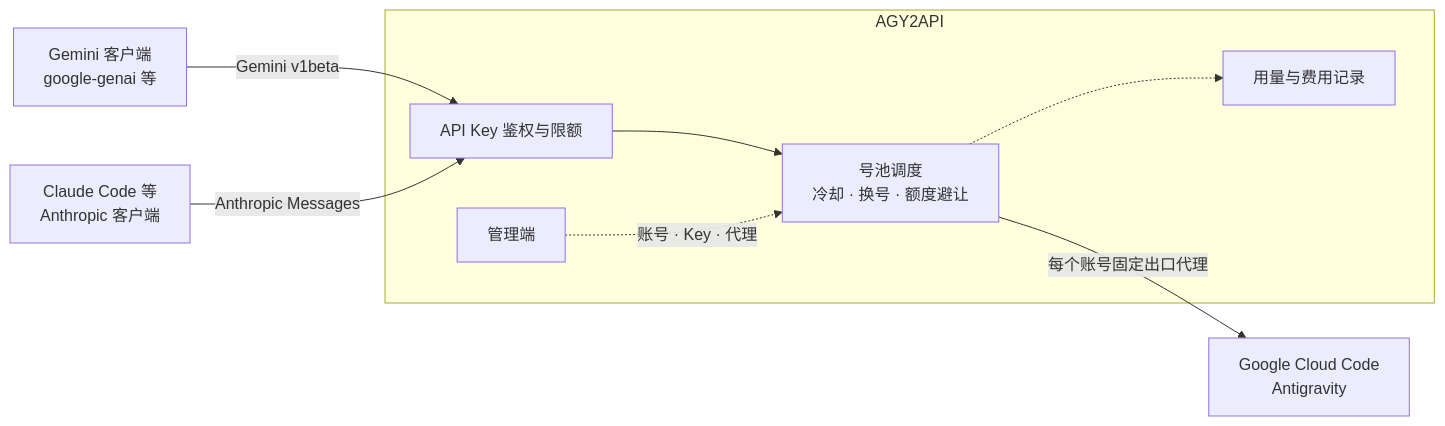
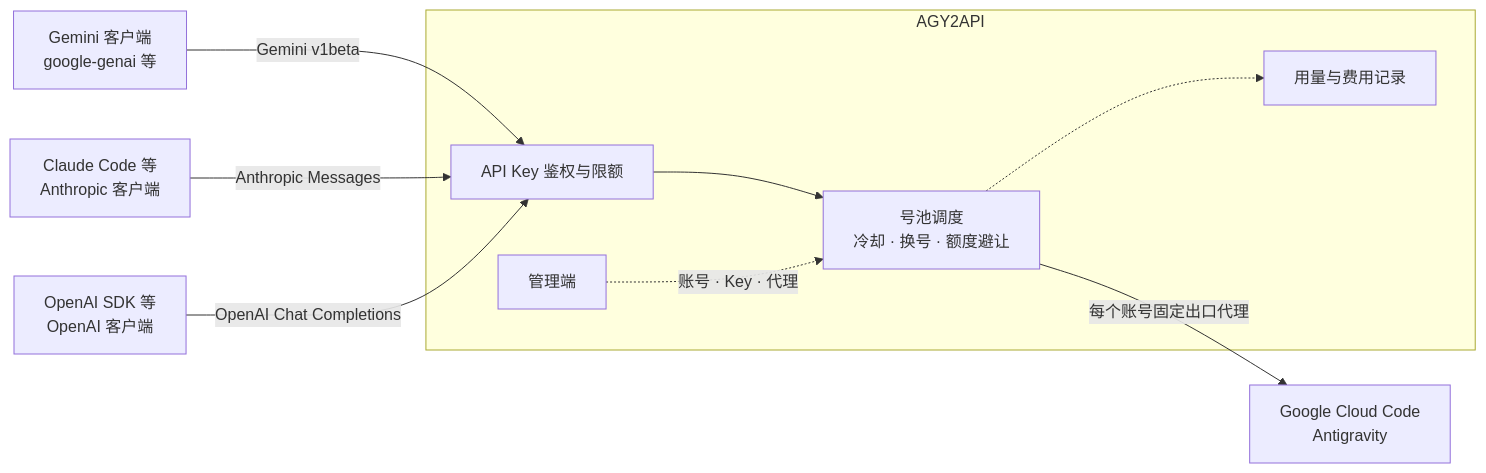
Before and after one commit to shiceai/agy2api: the diagram in README.md, drawn with Mermaid. The commit also changed other lines of this file and 25 other files, not shown here.

First line of the commit message:
feat(openai): add OpenAI Chat Completions inbound

````diff
--- a/README.md
+++ b/README.md
@@ -45,11 +46,12 @@
 ```mermaid
 flowchart LR
     client["Gemini 客户端<br/>google-genai 等"] -->|Gemini v1beta| auth
     claude["Claude Code 等<br/>Anthropic 客户端"] -->|Anthropic Messages| auth
+    openai["OpenAI SDK 等<br/>OpenAI 客户端"] -->|OpenAI Chat Completions| auth
     subgraph gw["AGY2API"]
         auth["API Key 鉴权与限额"] --> pool["号池调度<br/>冷却 · 换号 · 额度避让"]
         pool -.-> usage["用量与费用记录"]
         admin["管理端"] -.->|账号 · Key · 代理| pool
     end
     pool -->|每个账号固定出口代理| cc["Google Cloud Code<br/>Antigravity"]
 ```
````
